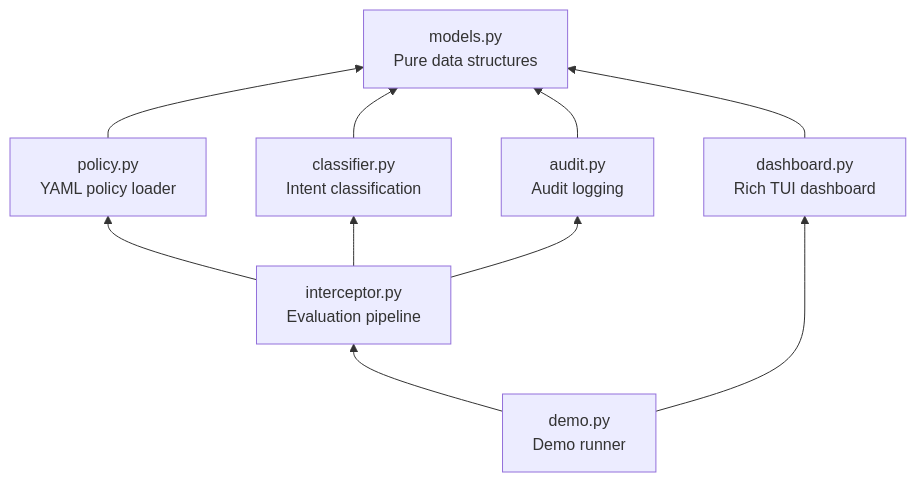
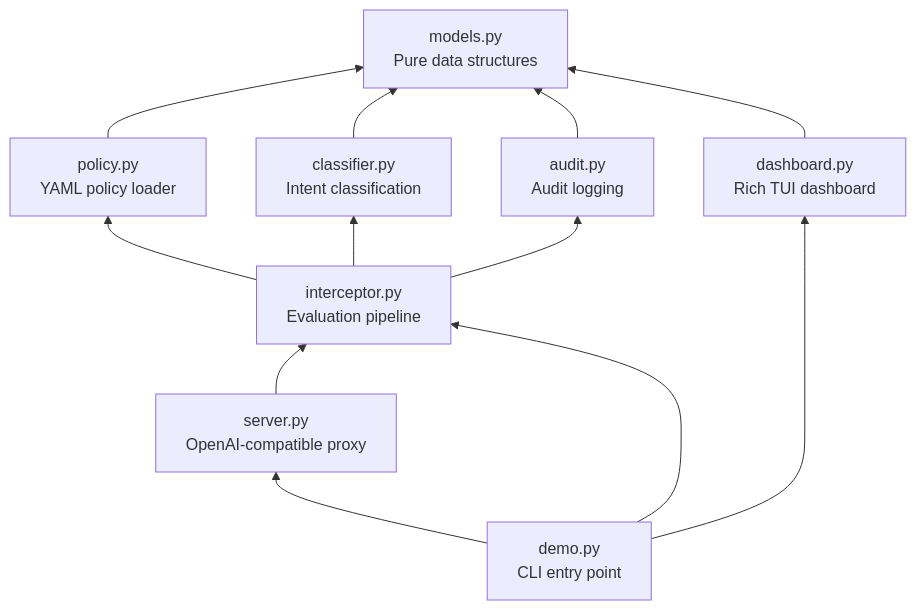
The second of 2 diagrams in README.md (ericmann/firebreak), drawn with Mermaid before and after one commit. The commit also changed other lines of this file, not shown here.

First line of the commit message:
Document --server mode, endpoints, and client examples in README

````diff
--- a/README.md
+++ b/README.md
@@ -165,13 +204,15 @@
 ```mermaid
 graph BT
     models[models.py<br/>Pure data structures]
     policy[policy.py<br/>YAML policy loader] --> models
     classifier[classifier.py<br/>Intent classification] --> models
     audit[audit.py<br/>Audit logging] --> models
     interceptor[interceptor.py<br/>Evaluation pipeline] --> policy
     interceptor --> classifier
     interceptor --> audit
+    server[server.py<br/>OpenAI-compatible proxy] --> interceptor
     dashboard[dashboard.py<br/>Rich TUI dashboard] --> models
-    demo[demo.py<br/>Demo runner] --> interceptor
+    demo[demo.py<br/>CLI entry point] --> interceptor
     demo --> dashboard
+    demo --> server
 ```
````
